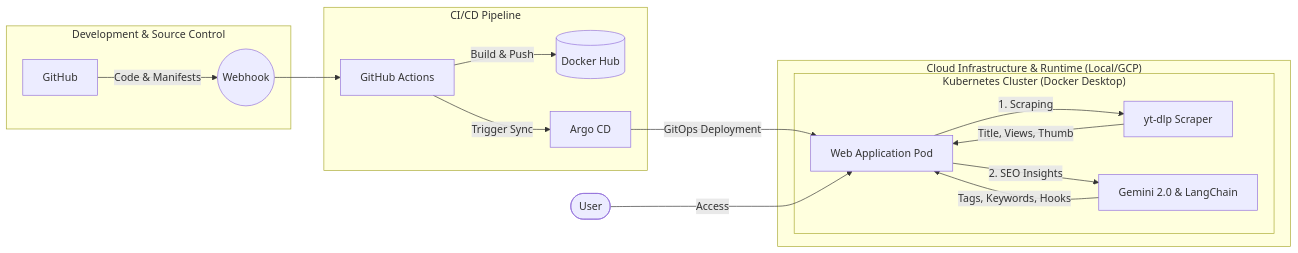
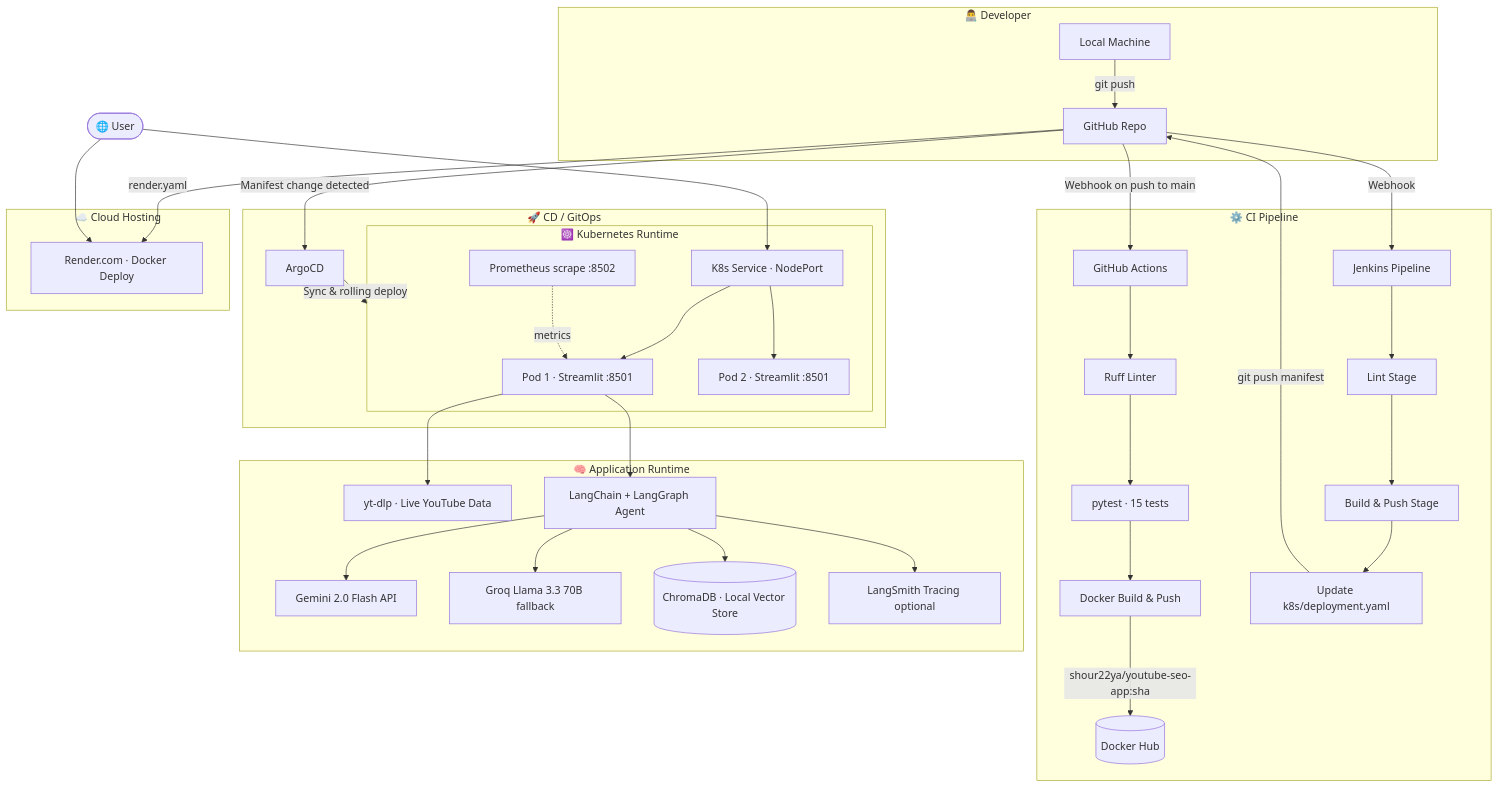
Before and after one commit to Shoury22a/YouTube-SEO-Insights-Generator-using-Jenkins-ArgoCD-Kubernetes: the second of 2 diagrams in README.md, drawn with Mermaid. The commit also changed other lines of this file, not shown here.

Commit message:
docs: rewrite README with accurate architecture, module map, and full DevOps workflow

````diff
--- a/README.md
+++ b/README.md
@@ -60,24 +143,50 @@
 ```mermaid
-graph LR
-    subgraph "Development & Source Control"
-        GH[GitHub] --> |Code & Manifests| Webhook((Webhook))
+graph TD
+    subgraph Developer["👨‍💻 Developer"]
+        DEV[Local Machine] -->|git push| GH[GitHub Repo]
     end
 
-    subgraph "CI/CD Pipeline"
-        Webhook --> GHA[GitHub Actions]
-        GHA --> |Build & Push| Registry[(Docker Hub)]
-        GHA --> |Trigger Sync| ArgoCD[Argo CD]
+    subgraph CI["⚙️ CI Pipeline"]
+        GH -->|Webhook on push to main| GHA[GitHub Actions]
+        GHA --> LINT[Ruff Linter]
+        LINT --> TEST[pytest · 15 tests]
+        TEST --> BUILD[Docker Build & Push]
+        BUILD -->|shour22ya/youtube-seo-app:sha| DH[(Docker Hub)]
+        GH -->|Webhook| JEN[Jenkins Pipeline]
+        JEN --> JLINT[Lint Stage]
+        JLINT --> JBUILD[Build & Push Stage]
+        JBUILD --> JGITOPS[Update k8s/deployment.yaml]
+        JGITOPS -->|git push manifest| GH
     end
 
-    subgraph "Cloud Infrastructure & Runtime (Local/GCP)"
-        subgraph "Kubernetes Cluster (Docker Desktop)"
-            ArgoCD --> |GitOps Deployment| Pod[Web Application Pod]
-            Pod --> |1. Scraping| Scraper[yt-dlp Scraper]
-            Scraper --> |Title, Views, Thumb| Pod
-            Pod --> |2. SEO Insights| Gemini[Gemini 2.0 & LangChain]
-            Gemini --> |Tags, Keywords, Hooks| Pod
-        end
+    subgraph CD["🚀 CD / GitOps"]
+        GH -->|Manifest change detected| ARGO[ArgoCD]
+        ARGO -->|Sync & rolling deploy| K8S[Kubernetes Cluster]
     end
 
-    User([User]) --> |Access| Pod
+    subgraph K8S["☸️ Kubernetes Runtime"]
+        POD1[Pod 1 · Streamlit :8501] 
+        POD2[Pod 2 · Streamlit :8501]
+        SVC[K8s Service · NodePort]
+        PROM[Prometheus scrape :8502]
+        SVC --> POD1
+        SVC --> POD2
+        PROM -.->|metrics| POD1
+    end
+
+    subgraph APP["🧠 Application Runtime"]
+        POD1 --> YDLP[yt-dlp · Live YouTube Data]
+        POD1 --> LC[LangChain + LangGraph Agent]
+        LC --> GEM[Gemini 2.0 Flash API]
+        LC --> GROQ[Groq Llama 3.3 70B fallback]
+        LC --> CHROMA[(ChromaDB · Local Vector Store)]
+        LC --> LS[LangSmith Tracing optional]
+    end
+
+    subgraph CLOUD["☁️ Cloud Hosting"]
+        GH -->|render.yaml| RENDER[Render.com · Docker Deploy]
+    end
+
+    USER([🌐 User]) --> SVC
+    USER --> RENDER
 ```
````
